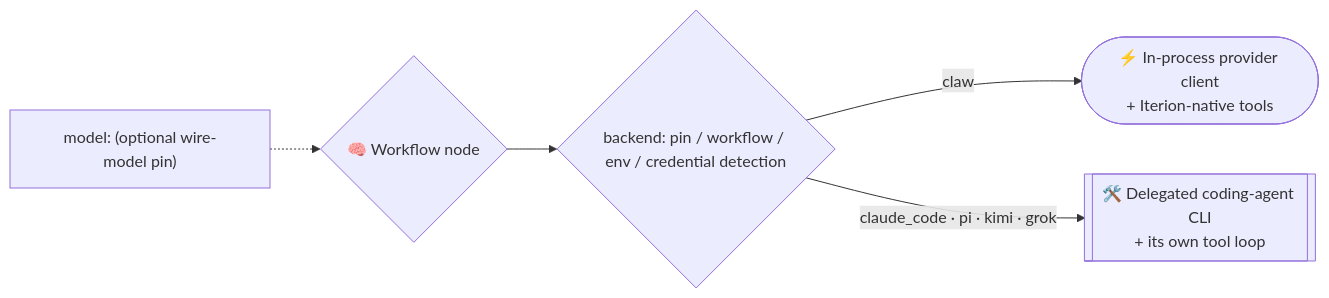
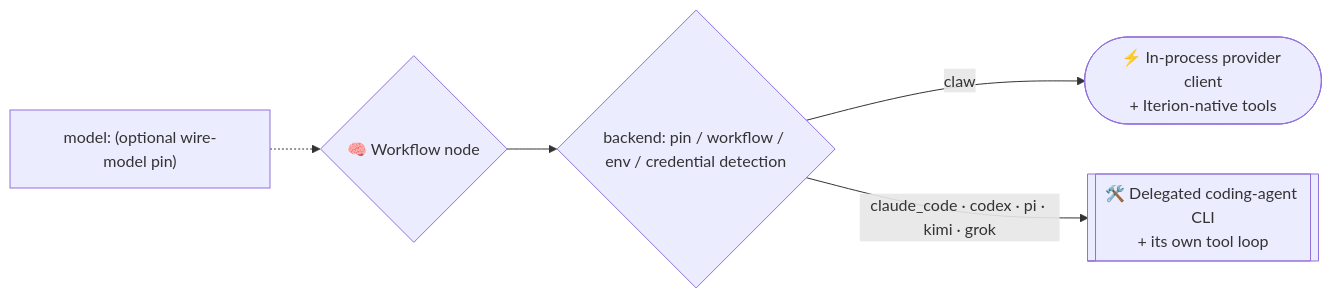
Before and after one commit to SocialGouv/iterion: the diagram in docs/backends.md, drawn with Mermaid. The commit also changed other lines of this file and 44 other files, not shown here.

````diff
--- a/docs/backends.md
+++ b/docs/backends.md
@@ -15,7 +15,7 @@
 ```mermaid
 flowchart LR
   MODEL["model: (optional wire-model pin)"] -.-> NODE{"🧠 Workflow node"}
   NODE --> RESOLVE{"backend: pin / workflow / env / credential detection"}
   RESOLVE -->|"claw"| DIRECT(["⚡ In-process provider client<br/>+ Iterion-native tools"])
-  RESOLVE -->|"claude_code · pi · kimi · grok"| CLI[["🛠️ Delegated coding-agent CLI<br/>+ its own tool loop"]]
+  RESOLVE -->|"claude_code · codex · pi · kimi · grok"| CLI[["🛠️ Delegated coding-agent CLI<br/>+ its own tool loop"]]
 ```
````
